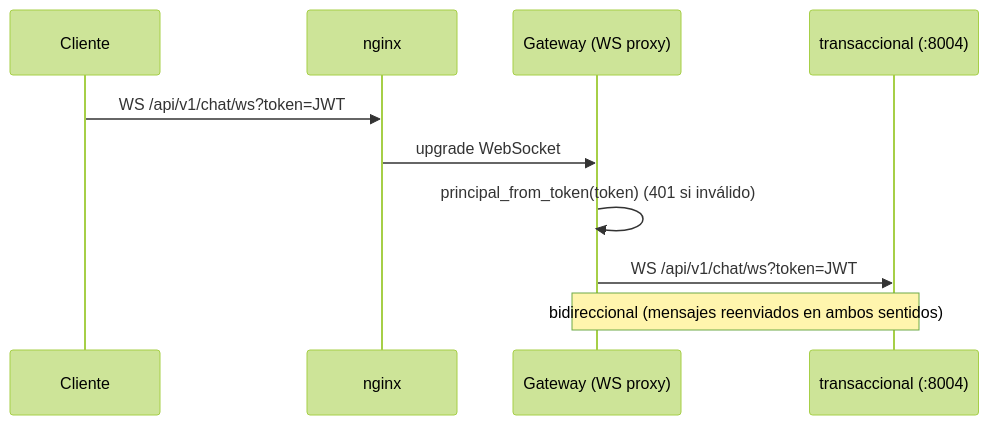
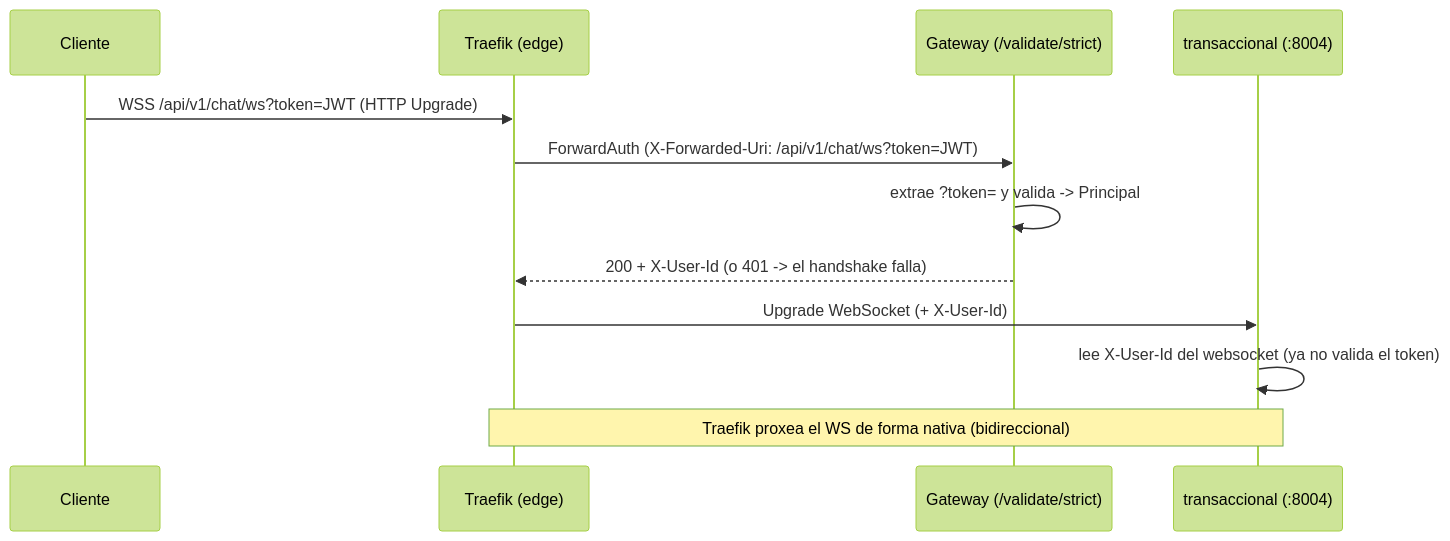
One commit to mdz48/salud_prenatal_backend changed the fifth of 6 diagrams in docs/arquitectura-microservicios.md. Above: the diagram before and after it, drawn with Mermaid (forest theme). The commit also changed other lines of this file and 25 other files, not shown here.

````diff
--- a/docs/arquitectura-microservicios.md
+++ b/docs/arquitectura-microservicios.md
@@ -291,13 +381,15 @@
 ```mermaid
 sequenceDiagram
     participant C as Cliente
-    participant N as nginx
-    participant G as Gateway (WS proxy)
-    participant T as transaccional (:8004)
+    participant T as Traefik (edge)
+    participant G as Gateway (/validate/strict)
+    participant X as transaccional (:8004)
 
-    C->>N: WS /api/v1/chat/ws?token=JWT
-    N->>G: upgrade WebSocket
-    G->>G: principal_from_token(token) (401 si inválido)
-    G->>T: WS /api/v1/chat/ws?token=JWT
-    Note over G,T: bidireccional (mensajes reenviados en ambos sentidos)
+    C->>T: WSS /api/v1/chat/ws?token=JWT (HTTP Upgrade)
+    T->>G: ForwardAuth (X-Forwarded-Uri: /api/v1/chat/ws?token=JWT)
+    G->>G: extrae ?token= y valida -> Principal
+    G-->>T: 200 + X-User-Id (o 401 -> el handshake falla)
+    T->>X: Upgrade WebSocket (+ X-User-Id)
+    X->>X: lee X-User-Id del websocket (ya no valida el token)
+    Note over T,X: Traefik proxea el WS de forma nativa (bidireccional)
 ```
````
